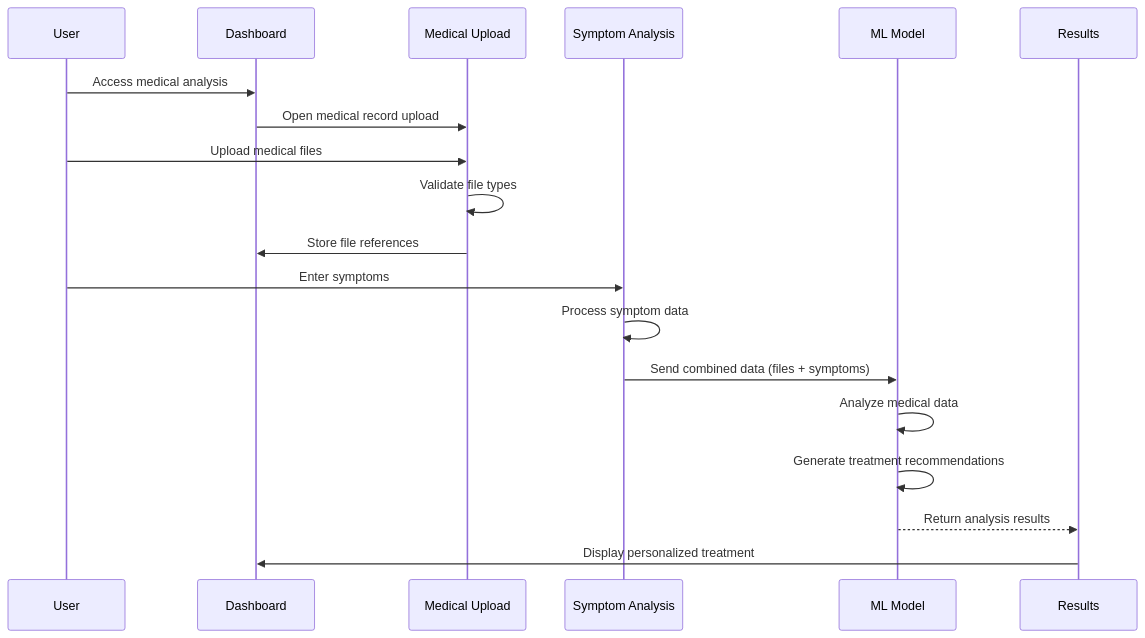
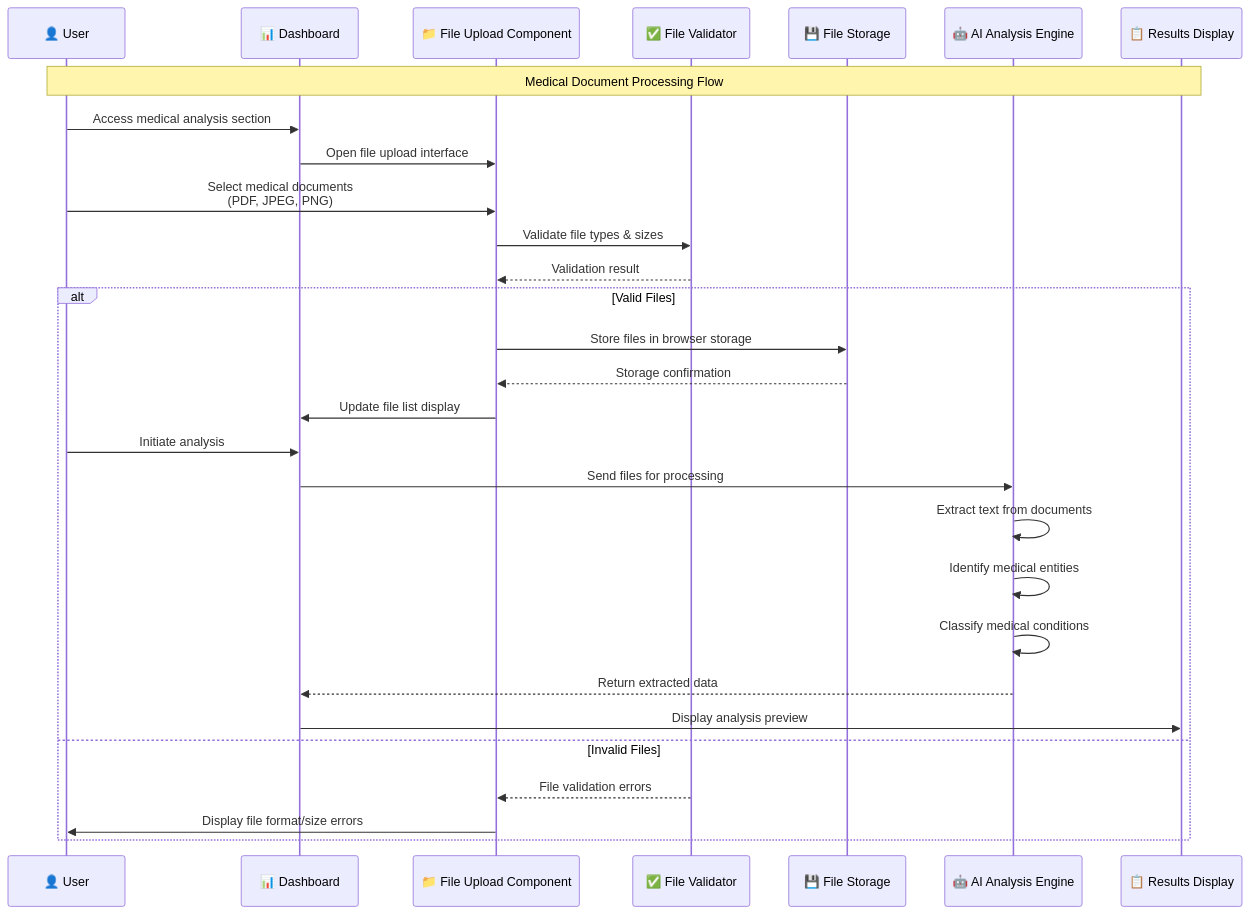
One commit to Shipra1605/health-ai-medicare-compass changed the third of 6 diagrams in docs/Sequence_Diagram.md. Above: the diagram before and after it, drawn with Mermaid. The commit also changed other lines of this file and 4 other files, not shown here.

First line of the commit message:
Refactor: Enhance diagrams for academic report

````diff
--- a/docs/Sequence_Diagram.md
+++ b/docs/Sequence_Diagram.md
@@ -59,23 +95,37 @@
 ```mermaid
 sequenceDiagram
-    participant U as User
-    participant D as Dashboard
-    participant MU as Medical Upload
-    participant SA as Symptom Analysis
-    participant ML as ML Model
-    participant R as Results
+    participant U as 👤 User
+    participant D as 📊 Dashboard
+    participant FU as 📁 File Upload Component
+    participant FV as ✅ File Validator
+    participant FS as 💾 File Storage
+    participant AI as 🤖 AI Analysis Engine
+    participant R as 📋 Results Display
 
-    U->>D: Access medical analysis
-    D->>MU: Open medical record upload
-    U->>MU: Upload medical files
-    MU->>MU: Validate file types
-    MU->>D: Store file references
+    Note over U,R: Medical Document Processing Flow
     
-    U->>SA: Enter symptoms
-    SA->>SA: Process symptom data
-    SA->>ML: Send combined data (files + symptoms)
-    ML->>ML: Analyze medical data
-    ML->>ML: Generate treatment recommendations
-    ML-->>R: Return analysis results
-    R->>D: Display personalized treatment
+    U->>D: Access medical analysis section
+    D->>FU: Open file upload interface
+    
+    U->>FU: Select medical documents<br/>(PDF, JPEG, PNG)
+    FU->>FV: Validate file types & sizes
+    FV-->>FU: Validation result
+    
+    alt Valid Files
+        FU->>FS: Store files in browser storage
+        FS-->>FU: Storage confirmation
+        FU->>D: Update file list display
+        
+        U->>D: Initiate analysis
+        D->>AI: Send files for processing
+        AI->>AI: Extract text from documents
+        AI->>AI: Identify medical entities
+        AI->>AI: Classify medical conditions
+        AI-->>D: Return extracted data
+        D->>R: Display analysis preview
+        
+    else Invalid Files
+        FV-->>FU: File validation errors
+        FU->>U: Display file format/size errors
+    end
 ```
````
